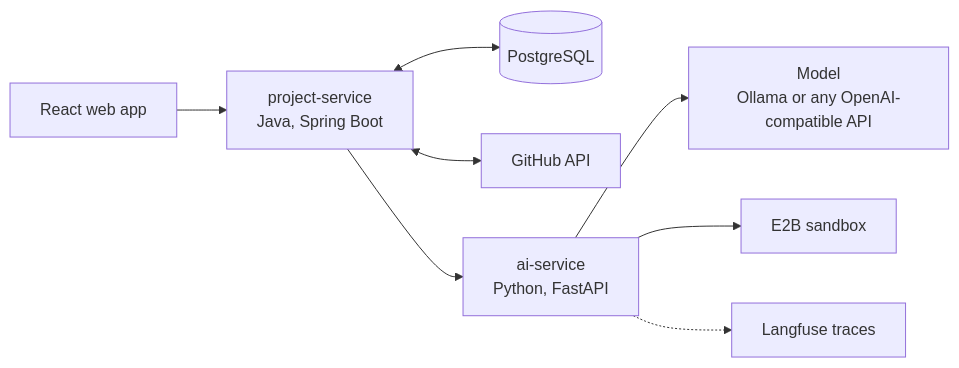
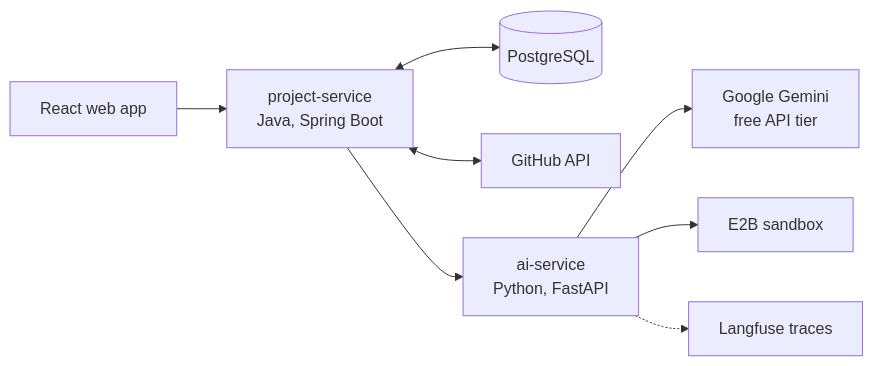
The diagram in README.md (priyanshujhagithub/ForgeAI), drawn with Mermaid before and after one commit. The commit also changed other lines of this file and 23 other files, not shown here.

First line of the commit message:
Run on Gemini only: remove the local model; rewrite the README

````diff
--- a/README.md
+++ b/README.md
@@ -11,10 +15,10 @@
 ```mermaid
 flowchart LR
     UI[React web app] --> J[project-service<br/>Java, Spring Boot]
     J <--> DB[(PostgreSQL)]
     J <--> GH[GitHub API]
     J --> P[ai-service<br/>Python, FastAPI]
-    P --> M[Model<br/>Ollama or any OpenAI-compatible API]
+    P --> M[Google Gemini<br/>free API tier]
     P --> S[E2B sandbox]
     P -.-> L[Langfuse traces]
 ```
````
